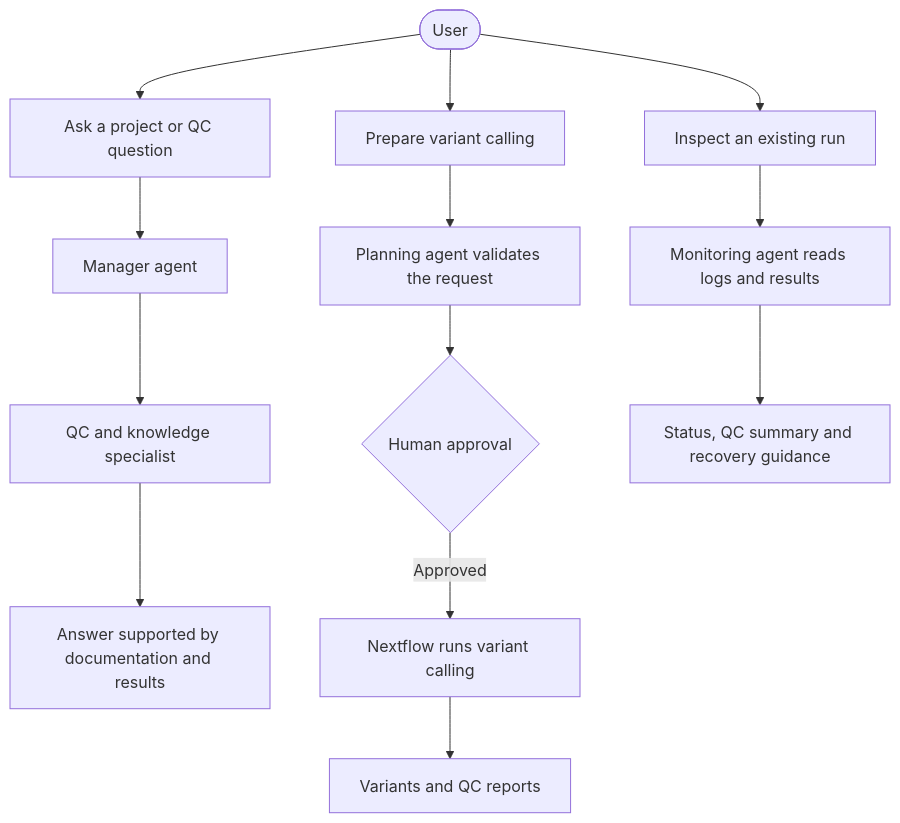
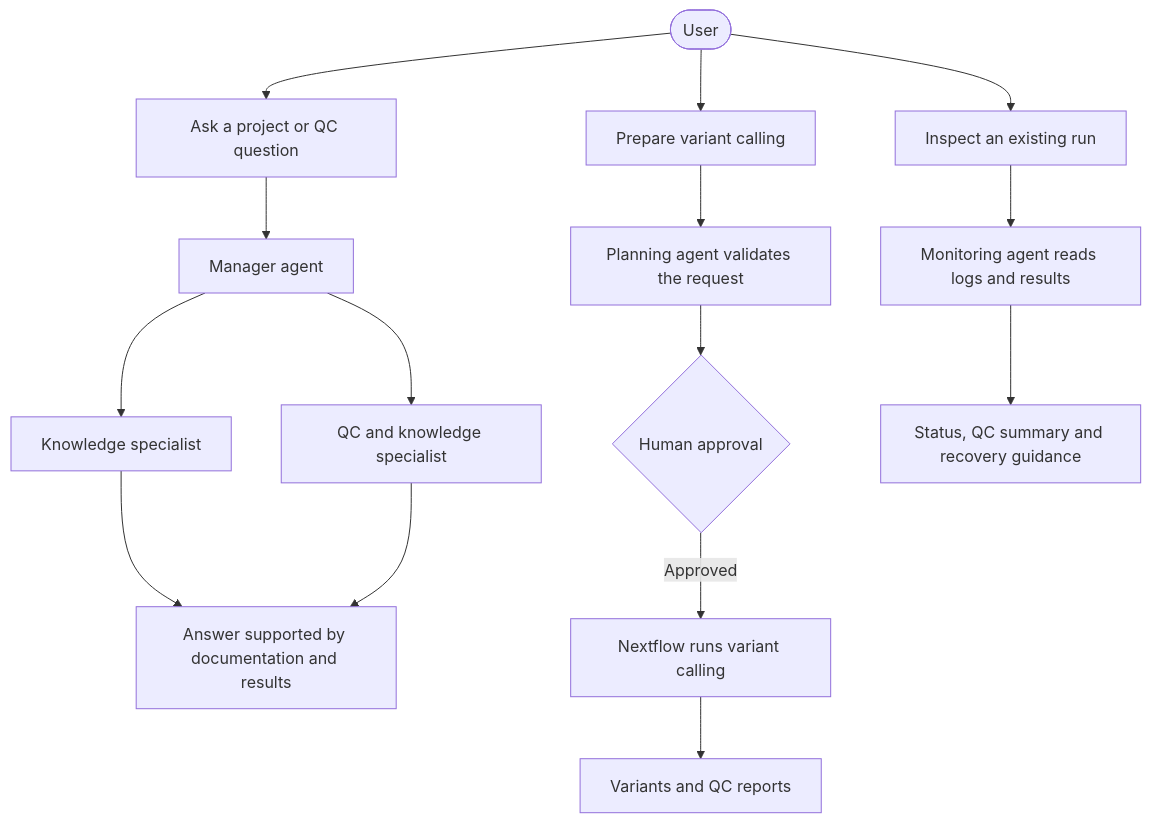
One commit to zejunyan/variant-agent changed the first of 2 diagrams in README.md. Above: the diagram before and after it, drawn with Mermaid. The commit also changed other lines of this file and 10 other files, not shown here.

Commit message:
Add knowledge specialist, manager routing, and QC plotting

````diff
--- a/README.md
+++ b/README.md
@@ -32,18 +32,20 @@
 ```mermaid
 flowchart TD
     U([User]) --> Q["Ask a project or QC question"]
     U --> P["Prepare variant calling"]
     U --> M["Inspect an existing run"]
 
     Q --> Manager["Manager agent"]
     Manager --> Specialist["QC and knowledge specialist"]
+    Manager --> Knowledge["Knowledge specialist"]
+    Knowledge --> Answer
     Specialist --> Answer["Answer supported by documentation and results"]
 
     P --> Planner["Planning agent validates the request"]
     Planner --> Approval{"Human approval"}
     Approval -->|Approved| Pipeline["Nextflow runs variant calling"]
     Pipeline --> Results["Variants and QC reports"]
 
     M --> Monitor["Monitoring agent reads logs and results"]
     Monitor --> Summary["Status, QC summary and recovery guidance"]
 ```
````
